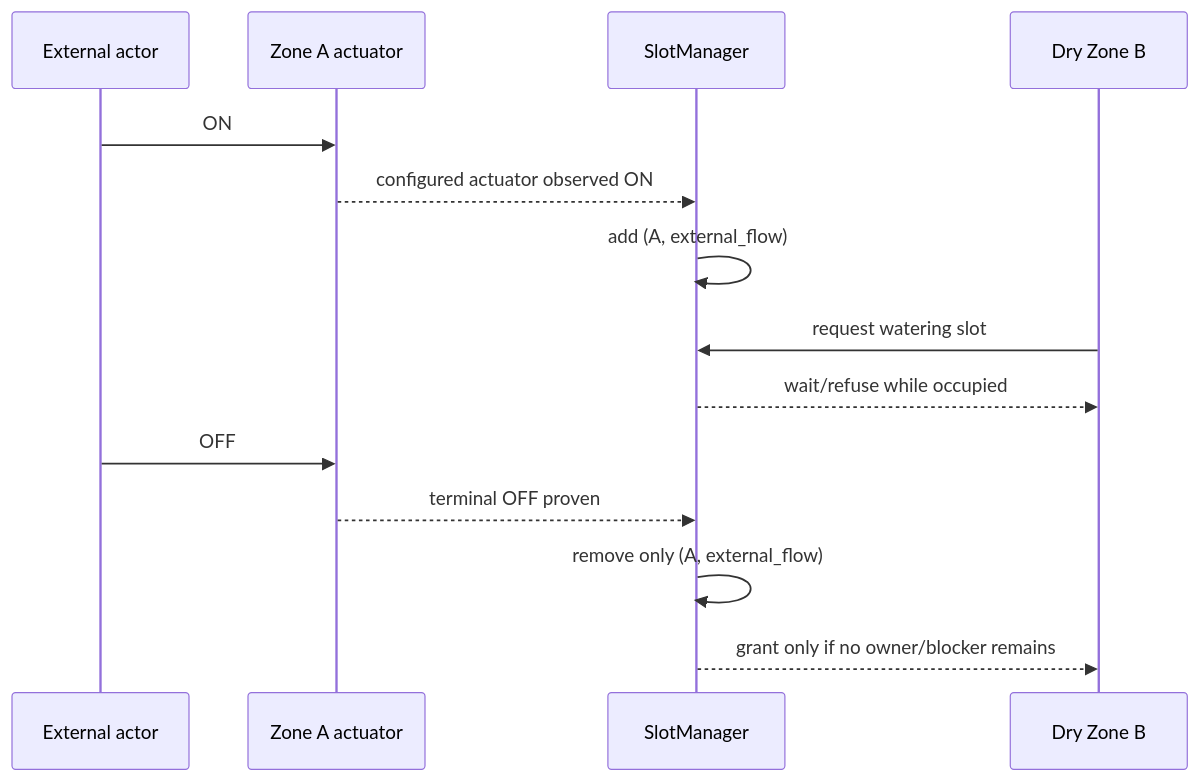
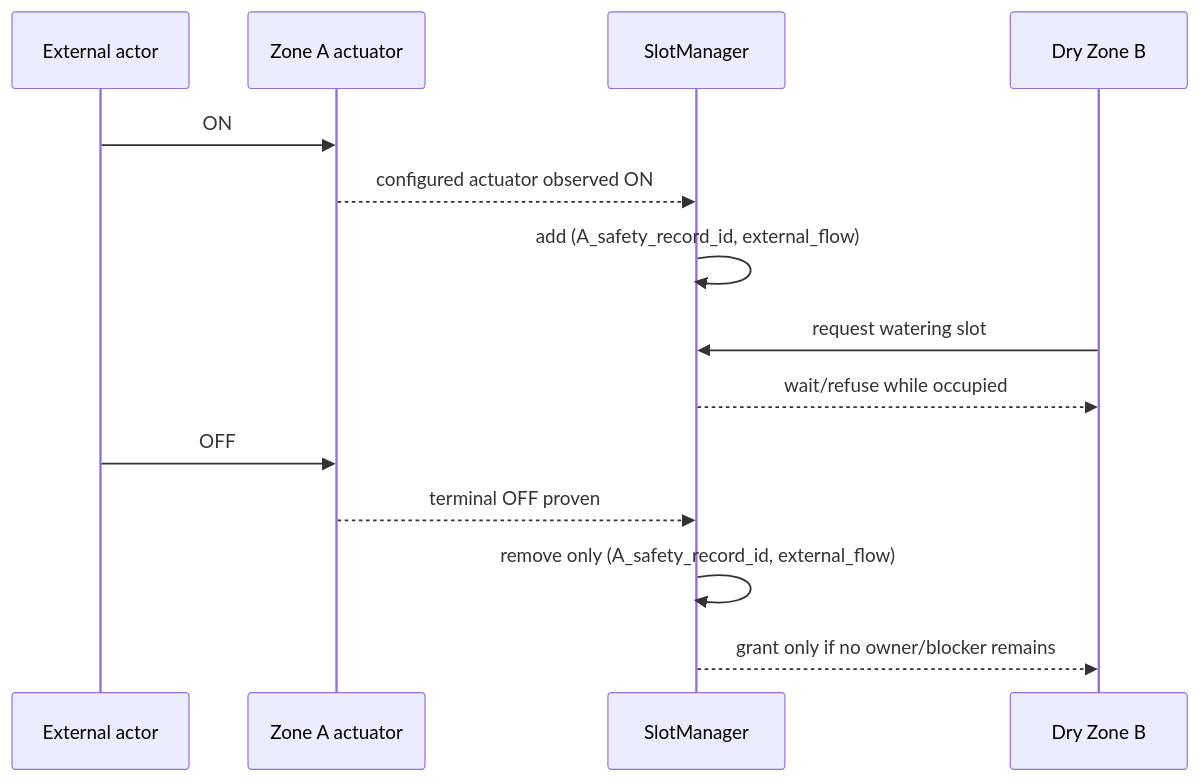
The ninth of 12 diagrams in SPECIFICATION.md (embersas/moisture-loop), drawn with Mermaid before and after one commit. The commit also changed other lines of this file and 2 other files, not shown here.

````diff
--- a/SPECIFICATION.md
+++ b/SPECIFICATION.md
@@ -1560,16 +1928,16 @@
 ```mermaid
 sequenceDiagram
     participant X as External actor
     participant A as Zone A actuator
     participant Q as SlotManager
     participant B as Dry Zone B
     X->>A: ON
     A-->>Q: configured actuator observed ON
-    Q->>Q: add (A, external_flow)
+    Q->>Q: add (A_safety_record_id, external_flow)
     B->>Q: request watering slot
     Q-->>B: wait/refuse while occupied
     X->>A: OFF
     A-->>Q: terminal OFF proven
-    Q->>Q: remove only (A, external_flow)
+    Q->>Q: remove only (A_safety_record_id, external_flow)
     Q-->>B: grant only if no owner/blocker remains
 ```
````
